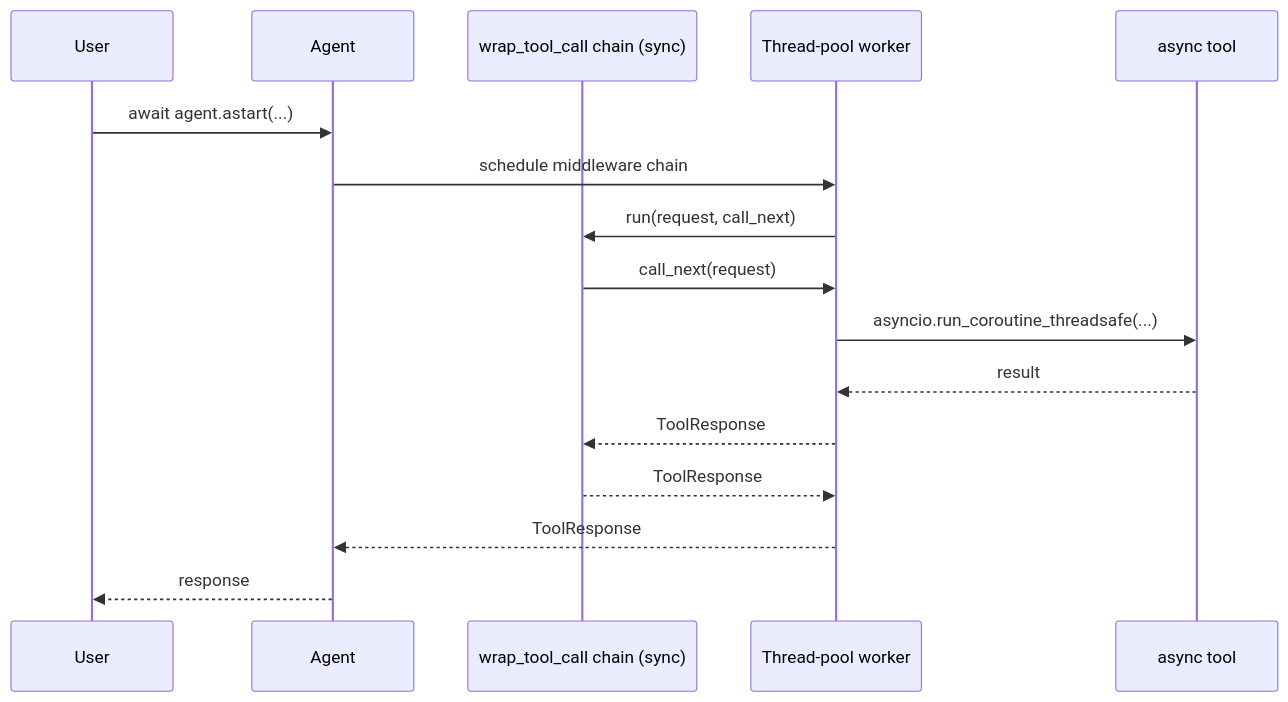
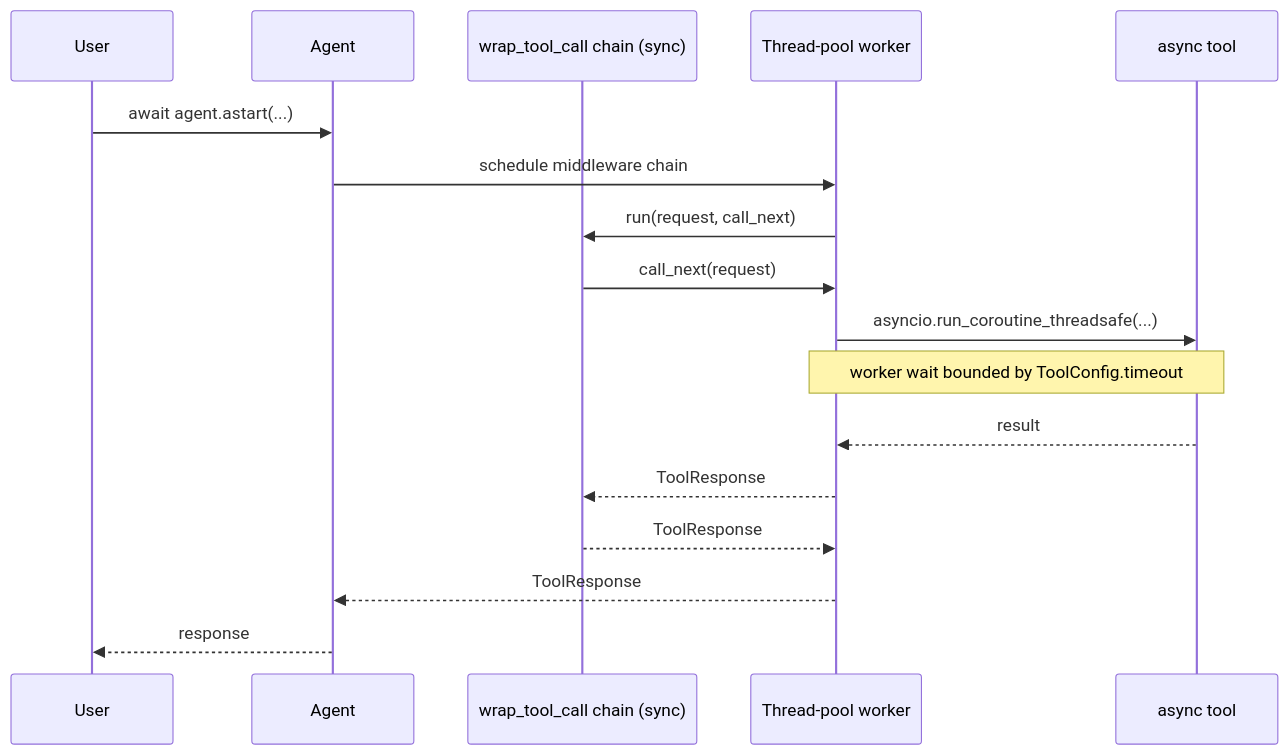
Before and after one commit to MervinPraison/PraisonAIDocs: the third of 3 diagrams in docs/features/middleware.mdx, drawn with Mermaid. The commit also changed other lines of this file and 3 other files, not shown here.

First line of the commit message:
docs: middleware async tool path now honours ToolConfig.timeout (fixes #4130)

````diff
--- a/docs/features/middleware.mdx
+++ b/docs/features/middleware.mdx
@@ -187,19 +191,20 @@
 ```mermaid
 sequenceDiagram
     participant User
     participant Agent
     participant Middleware as wrap_tool_call chain (sync)
     participant Worker as Thread-pool worker
     participant Tool as async tool
 
     User->>Agent: await agent.astart(...)
     Agent->>Worker: schedule middleware chain
     Worker->>Middleware: run(request, call_next)
     Middleware->>Worker: call_next(request)
     Worker->>Tool: asyncio.run_coroutine_threadsafe(...)
+    Note over Worker,Tool: worker wait bounded by ToolConfig.timeout
     Tool-->>Worker: result
     Worker-->>Middleware: ToolResponse
     Middleware-->>Worker: ToolResponse
     Worker-->>Agent: ToolResponse
     Agent-->>User: response
 ```
````
